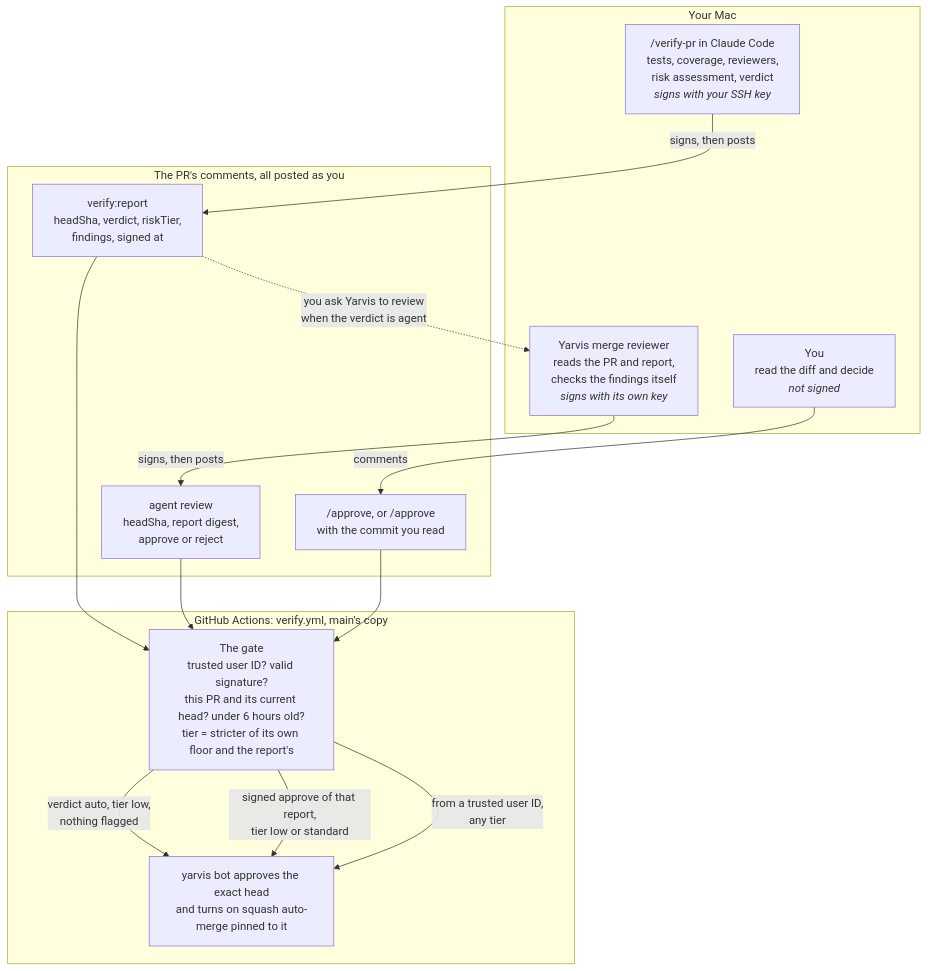
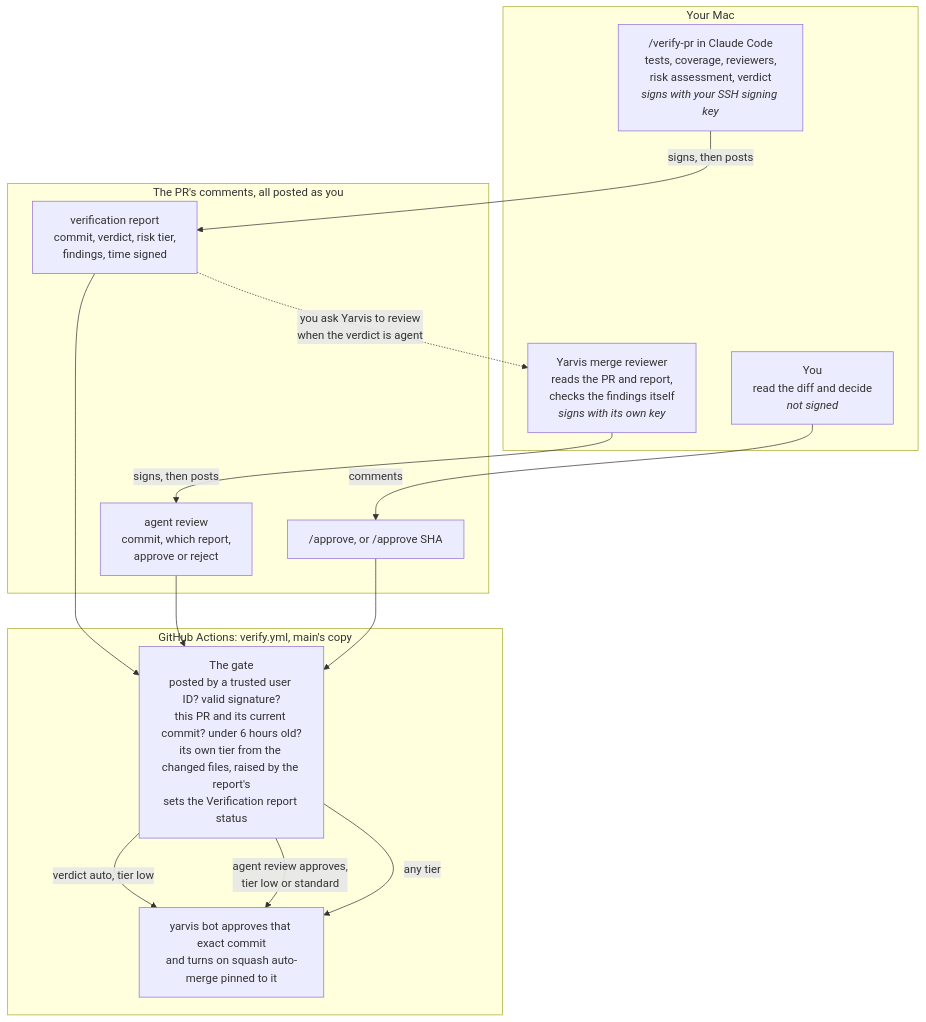
One commit to bennettaur/yarvis changed the diagram in docs/verification.md. Above: the diagram before and after it, drawn with Mermaid. The commit also changed other lines of this file, not shown here.

First line of the commit message:
Make the verification overview match the gate's conditions

````diff
--- a/docs/verification.md
+++ b/docs/verification.md
@@ -14,30 +14,30 @@
 ```mermaid
 flowchart TB
   subgraph mac["Your Mac"]
-    verify["/verify-pr in Claude Code<br/>tests, coverage, reviewers,<br/>risk assessment, verdict<br/><i>signs with your SSH key</i>"]
+    verify["/verify-pr in Claude Code<br/>tests, coverage, reviewers,<br/>risk assessment, verdict<br/><i>signs with your SSH signing key</i>"]
     reviewer["Yarvis merge reviewer<br/>reads the PR and report,<br/>checks the findings itself<br/><i>signs with its own key</i>"]
     you["You<br/>read the diff and decide<br/><i>not signed</i>"]
   end
 
   subgraph pr["The PR's comments, all posted as you"]
-    report["verify:report<br/>headSha, verdict, riskTier,<br/>findings, signed at"]
-    review["agent review<br/>headSha, report digest,<br/>approve or reject"]
-    approve["/approve, or /approve<br/>with the commit you read"]
+    report["verification report<br/>commit, verdict, risk tier,<br/>findings, time signed"]
+    review["agent review<br/>commit, which report,<br/>approve or reject"]
+    approve["/approve, or /approve SHA"]
   end
 
   subgraph ci["GitHub Actions: verify.yml, main's copy"]
-    gate["The gate<br/>trusted user ID? valid signature?<br/>this PR and its current head? under 6 hours old?<br/>tier = stricter of its own floor and the report's"]
-    bot["yarvis bot approves the exact head<br/>and turns on squash auto-merge pinned to it"]
+    gate["The gate<br/>posted by a trusted user ID? valid signature?<br/>this PR and its current commit? under 6 hours old?<br/>its own tier from the changed files, raised by the report's<br/>sets the Verification report status"]
+    bot["yarvis bot approves that exact commit<br/>and turns on squash auto-merge pinned to it"]
   end
 
   verify -- "signs, then posts" --> report
   report -. "you ask Yarvis to review<br/>when the verdict is agent" .-> reviewer
   reviewer -- "signs, then posts" --> review
   you -- "comments" --> approve
   report --> gate
   review --> gate
   approve --> gate
-  gate -- "verdict auto, tier low,<br/>nothing flagged" --> bot
-  gate -- "signed approve of that report,<br/>tier low or standard" --> bot
-  gate -- "from a trusted user ID,<br/>any tier" --> bot
+  gate -- "verdict auto, tier low" --> bot
+  gate -- "agent review approves,<br/>tier low or standard" --> bot
+  gate -- "any tier" --> bot
 ```
````
